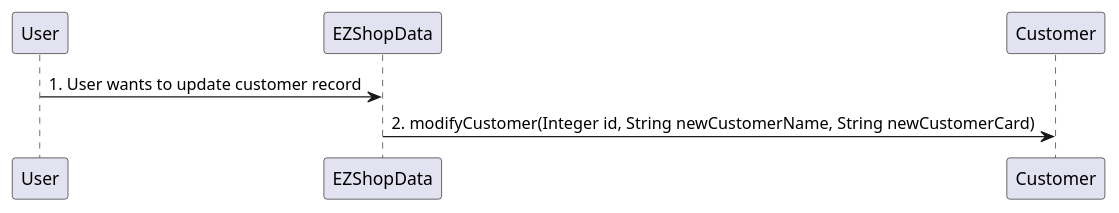
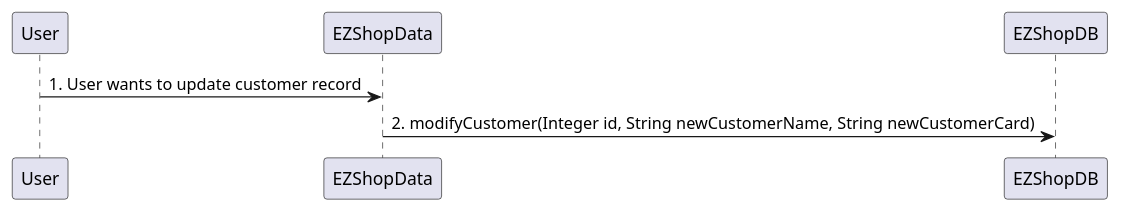
Before and after one commit to djemar/softeng_ezshop: diagram 14 of 31 in Deliverables/DesignDocument.md, drawn with PlantUML. The commit also changed other lines of this file, not shown here.

Commit message:
modified Verification sequence diagrams

````diff
--- a/Deliverables/DesignDocument.md
+++ b/Deliverables/DesignDocument.md
@@ -372,5 +375,5 @@
 ```plantuml
 "User" -> "EZShopData" : 1. User wants to update customer record
-"EZShopData" -> "Customer" : 2. modifyCustomer(Integer id, String newCustomerName, String newCustomerCard)
+"EZShopData" -> "EZShopDB" : 2. modifyCustomer(Integer id, String newCustomerName, String newCustomerCard)
 
 ```
````
